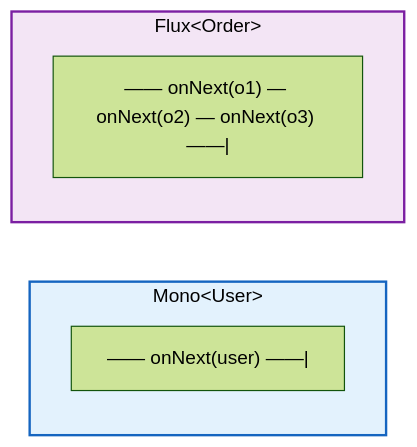
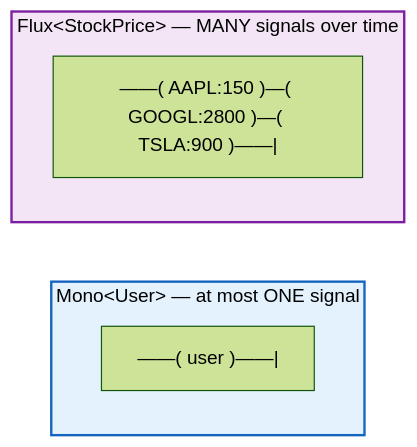
The third of 5 diagrams in docs/springboot/webflux.md (saivamsikaruturi/vamsilabs-dev-notes-main), drawn with Mermaid (forest theme) before and after one commit. The commit also changed other lines of this file and 146 other files, not shown here.

Commit message:
Horizontal diagrams, UML class diagrams, typography overhaul, and permalink cleanup

````diff
--- a/docs/springboot/webflux.md
+++ b/docs/springboot/webflux.md
@@ -73,13 +118,13 @@
 ```mermaid
 flowchart LR
-    subgraph Mono["Mono&lt;User&gt;"]
-        M1["—— onNext(user) ——|"]
+    subgraph Mono["Mono&lt;User&gt; — at most ONE signal"]
+        M1["——( user )——|"]
     end
 
-    subgraph Flux["Flux&lt;Order&gt;"]
-        F1["—— onNext(o1) — onNext(o2) — onNext(o3) ——|"]
+    subgraph Flux["Flux&lt;StockPrice&gt; — MANY signals over time"]
+        F1["——( AAPL:150 )—( GOOGL:2800 )—( TSLA:900 )——|"]
     end
 
     style Mono fill:#E3F2FD,stroke:#1565C0,stroke-width:2px,color:#000
     style Flux fill:#F3E5F5,stroke:#7B1FA2,stroke-width:2px,color:#000
 ```
````
